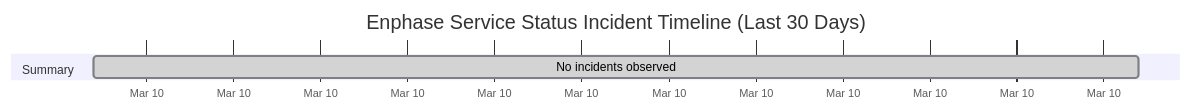
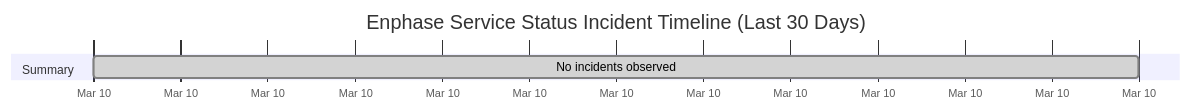
Before and after one commit to barneyonline/ha-enphase-ev-charger: the diagram in wiki/Service-Status-History.md, drawn with Mermaid. The commit also changed other lines of this file and 3 other files, not shown here.

````diff
--- a/wiki/Service-Status-History.md
+++ b/wiki/Service-Status-History.md
@@ -14,8 +14,8 @@
 ```mermaid
 gantt
     title Enphase Service Status Incident Timeline (Last 30 Days)
     dateFormat  YYYY-MM-DDTHH:mm:ss
     axisFormat  %b %d
     section Summary
-    No incidents observed :done, 2026-03-10T14:42:12, 1m
+    No incidents observed :done, 2026-03-10T15:52:10, 1m
 ```
````
